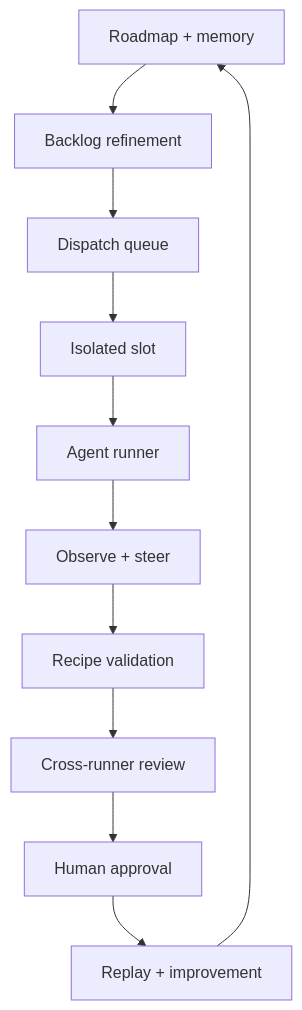
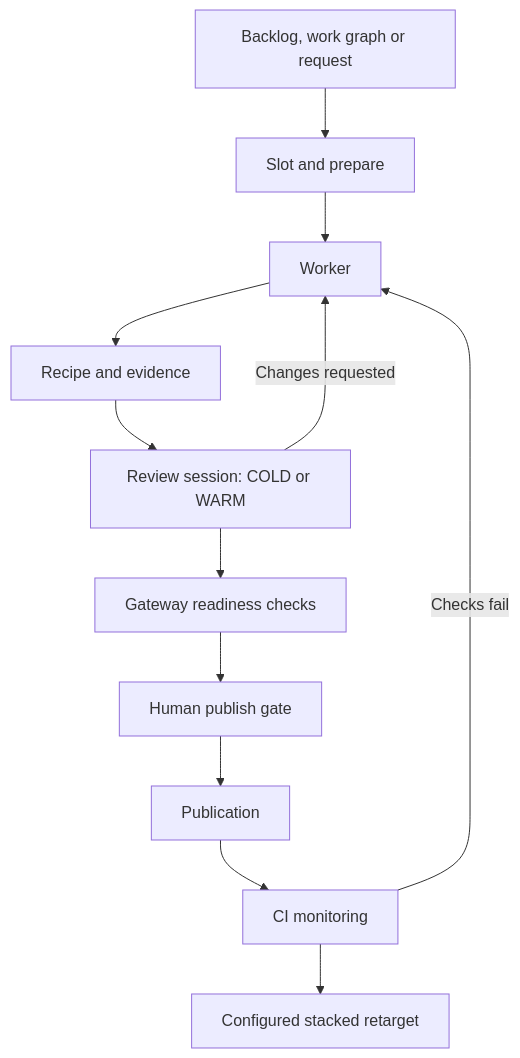
One commit to deeeed/farmslot changed the diagram in apps/docs/docs/concepts/operating-loop.md. Above: the diagram before and after it, drawn with Mermaid. The commit also changed other lines of this file and 41 other files, not shown here.

Commit message:
docs: consolidate architecture and run guidance

````diff
--- a/apps/docs/docs/concepts/operating-loop.md
+++ b/apps/docs/docs/concepts/operating-loop.md
@@ -9,15 +43,14 @@
 ```mermaid
 flowchart TD
-  Roadmap[Roadmap + memory]
-  Backlog[Backlog refinement]
-  Queue[Dispatch queue]
-  Slot[Isolated slot]
-  Runner[Agent runner]
-  Observe[Observe + steer]
-  Validate[Recipe validation]
-  Review[Cross-runner review]
-  Approve[Human approval]
-  Learn[Replay + improvement]
-
-  Roadmap --> Backlog --> Queue --> Slot --> Runner --> Observe --> Validate --> Review --> Approve --> Learn --> Roadmap
+  Request[Backlog, work graph or request] --> Prepare[Slot and prepare]
+  Prepare --> Worker[Worker]
+  Worker --> Recipe[Recipe and evidence]
+  Recipe --> Review[Review session: COLD or WARM]
+  Review --> Checks[Gateway readiness checks]
+  Review -->|Changes requested| Worker
+  Checks --> Gate[Human publish gate]
+  Gate --> Publish[Publication]
+  Publish --> CI[CI monitoring]
+  CI -->|Checks fail| Worker
+  CI --> Retarget[Configured stacked retarget]
 ```
````
